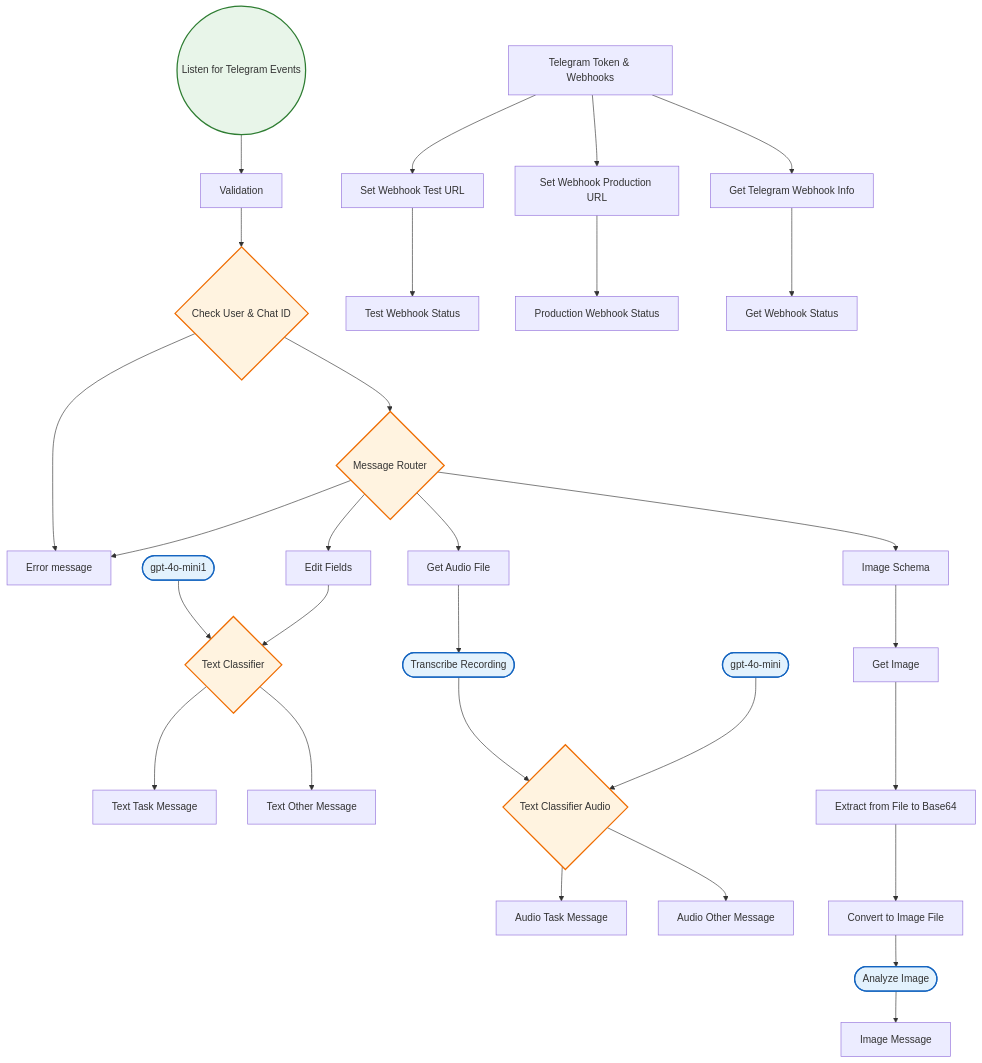
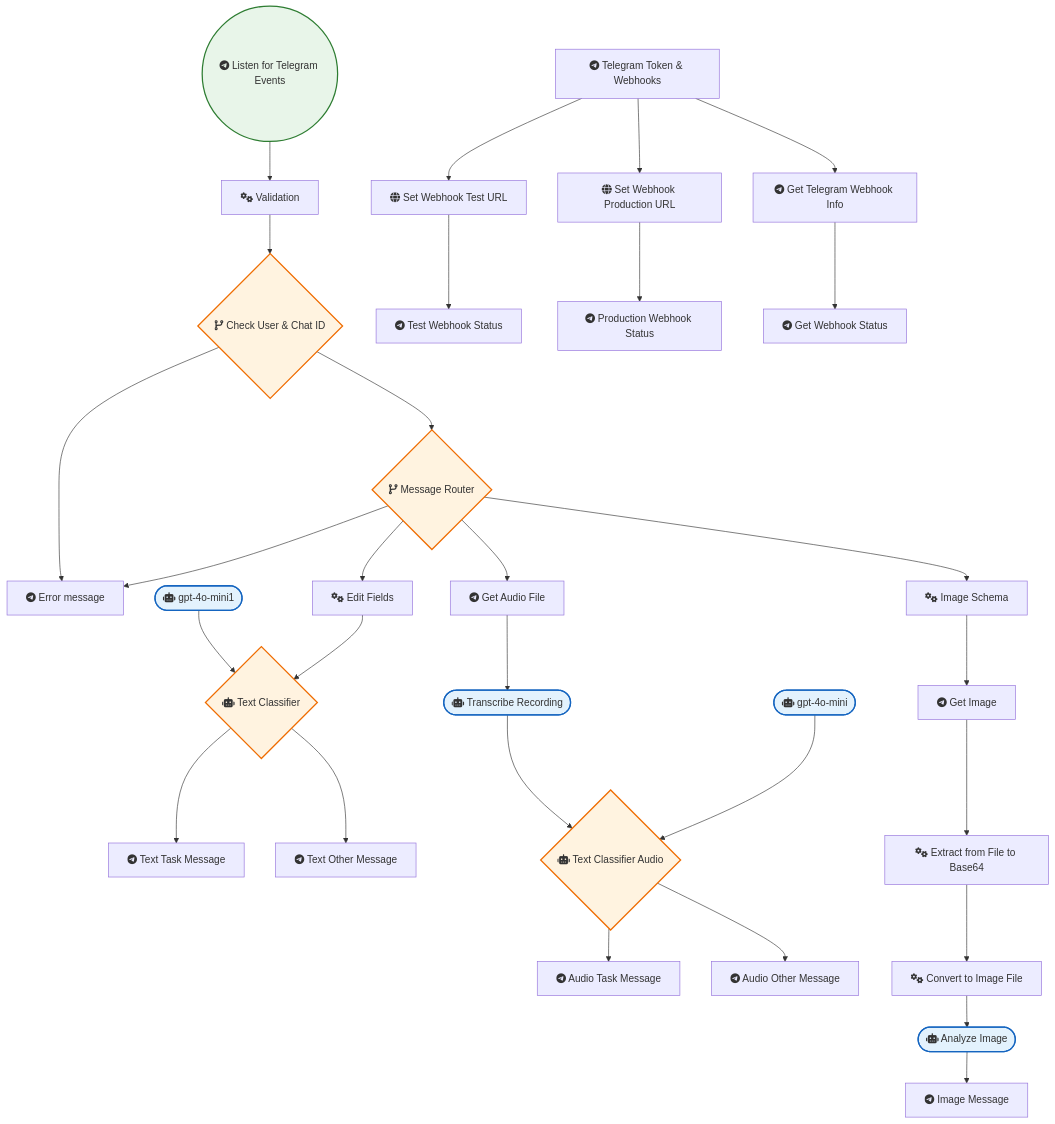
Before and after one commit to sreyash3105/N8N-DEMO-AUTOMATIONS: the diagram in Telegram/Telegram Messaging Agent for Text Audio Images.md, drawn with Mermaid. The commit also changed 291 other files, not shown here.

````diff
--- a/Telegram/Telegram Messaging Agent for Text Audio Images.md
+++ b/Telegram/Telegram Messaging Agent for Text Audio Images.md
@@ -1,65 +1,65 @@
 ```mermaid
 graph TD
     classDef trigger fill:#e8f5e9,stroke:#2e7d32,stroke-width:2px;
     classDef ai fill:#e3f2fd,stroke:#1565c0,stroke-width:2px;
     classDef logic fill:#fff3e0,stroke:#ef6c00,stroke-width:2px;
 
-    Check_User___Chat_ID{"Check User & Chat ID"}:::logic
-    Error_message["Error message"]
-    Listen_for_Telegram_Events(("Listen for Telegram Events")):::trigger
-    Set_Webhook_Test_URL["Set Webhook Test URL"]
-    Get_Telegram_Webhook_Info["Get Telegram Webhook Info"]
-    Image_Schema["Image Schema"]
-    gpt_4o_mini(["gpt-4o-mini"]):::ai
-    Get_Audio_File["Get Audio File"]
-    Get_Image["Get Image"]
-    Analyze_Image(["Analyze Image"]):::ai
-    Transcribe_Recording(["Transcribe Recording"]):::ai
-    gpt_4o_mini1(["gpt-4o-mini1"]):::ai
-    Test_Webhook_Status["Test Webhook Status"]
-    Production_Webhook_Status["Production Webhook Status"]
-    Set_Webhook_Production_URL["Set Webhook Production URL"]
-    Edit_Fields["Edit Fields"]
-    Audio_Task_Message["Audio Task Message"]
-    Audio_Other_Message["Audio Other Message"]
-    Text_Task_Message["Text Task Message"]
-    Text_Other_Message["Text Other Message"]
-    Image_Message["Image Message"]
-    Convert_to_Image_File["Convert to Image File"]
-    Extract_from_File_to_Base64["Extract from File to Base64"]
-    Text_Classifier_Audio{"Text Classifier Audio"}:::logic
-    Text_Classifier{"Text Classifier"}:::logic
-    Telegram_Token___Webhooks["Telegram Token & Webhooks"]
-    Get_Webhook_Status["Get Webhook Status"]
-    Validation["Validation"]
-    Message_Router{"Message Router"}:::logic
+    Check_User___Chat_ID{"fas:fa-code-branch Check User & Chat ID"}:::logic
+    Error_message["fab:fa-telegram Error message"]
+    Listen_for_Telegram_Events(("fab:fa-telegram Listen for Telegram Events")):::trigger
+    Set_Webhook_Test_URL["fas:fa-globe Set Webhook Test URL"]
+    Get_Telegram_Webhook_Info["fab:fa-telegram Get Telegram Webhook Info"]
+    Image_Schema["fas:fa-cogs Image Schema"]
+    gpt_4o_mini(["fas:fa-robot gpt-4o-mini"]):::ai
+    Get_Audio_File["fab:fa-telegram Get Audio File"]
+    Get_Image["fab:fa-telegram Get Image"]
+    Analyze_Image(["fas:fa-robot Analyze Image"]):::ai
+    Transcribe_Recording(["fas:fa-robot Transcribe Recording"]):::ai
+    gpt_4o_mini1(["fas:fa-robot gpt-4o-mini1"]):::ai
+    Test_Webhook_Status["fab:fa-telegram Test Webhook Status"]
+    Production_Webhook_Status["fab:fa-telegram Production Webhook Status"]
+    Set_Webhook_Production_URL["fas:fa-globe Set Webhook Production URL"]
+    Edit_Fields["fas:fa-cogs Edit Fields"]
+    Audio_Task_Message["fab:fa-telegram Audio Task Message"]
+    Audio_Other_Message["fab:fa-telegram Audio Other Message"]
+    Text_Task_Message["fab:fa-telegram Text Task Message"]
+    Text_Other_Message["fab:fa-telegram Text Other Message"]
+    Image_Message["fab:fa-telegram Image Message"]
+    Convert_to_Image_File["fas:fa-cogs Convert to Image File"]
+    Extract_from_File_to_Base64["fas:fa-cogs Extract from File to Base64"]
+    Text_Classifier_Audio{"fas:fa-robot Text Classifier Audio"}:::logic
+    Text_Classifier{"fas:fa-robot Text Classifier"}:::logic
+    Telegram_Token___Webhooks["fab:fa-telegram Telegram Token & Webhooks"]
+    Get_Webhook_Status["fab:fa-telegram Get Webhook Status"]
+    Validation["fas:fa-cogs Validation"]
+    Message_Router{"fas:fa-code-branch Message Router"}:::logic
 
     Get_Image --> Extract_from_File_to_Base64
     Validation --> Check_User___Chat_ID
     Edit_Fields --> Text_Classifier
     gpt_4o_mini --> Text_Classifier_Audio
     Image_Schema --> Get_Image
     gpt_4o_mini1 --> Text_Classifier
     Analyze_Image --> Image_Message
     Get_Audio_File --> Transcribe_Recording
     Message_Router --> Get_Audio_File
     Message_Router --> Edit_Fields
     Message_Router --> Image_Schema
     Message_Router --> Error_message
     Text_Classifier --> Text_Task_Message
     Text_Classifier --> Text_Other_Message
     Check_User___Chat_ID --> Message_Router
     Check_User___Chat_ID --> Error_message
     Set_Webhook_Test_URL --> Test_Webhook_Status
     Transcribe_Recording --> Text_Classifier_Audio
     Convert_to_Image_File --> Analyze_Image
     Text_Classifier_Audio --> Audio_Task_Message
     Text_Classifier_Audio --> Audio_Other_Message
     Get_Telegram_Webhook_Info --> Get_Webhook_Status
     Telegram_Token___Webhooks --> Set_Webhook_Production_URL
     Telegram_Token___Webhooks --> Set_Webhook_Test_URL
     Telegram_Token___Webhooks --> Get_Telegram_Webhook_Info
     Listen_for_Telegram_Events --> Validation
     Set_Webhook_Production_URL --> Production_Webhook_Status
     Extract_from_File_to_Base64 --> Convert_to_Image_File
 ```
````
